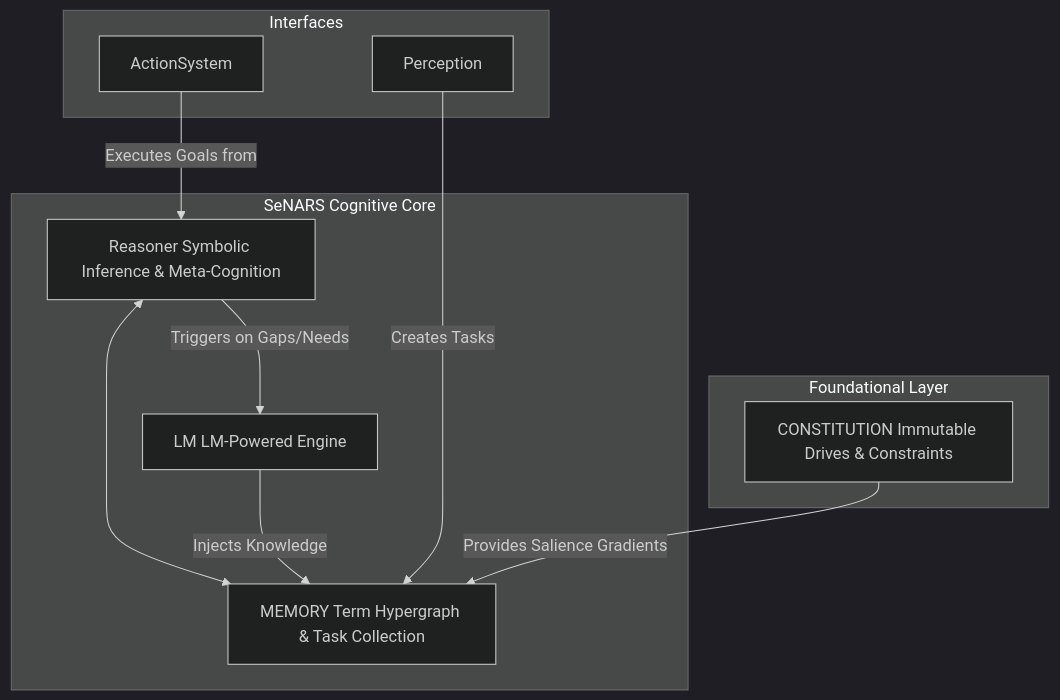
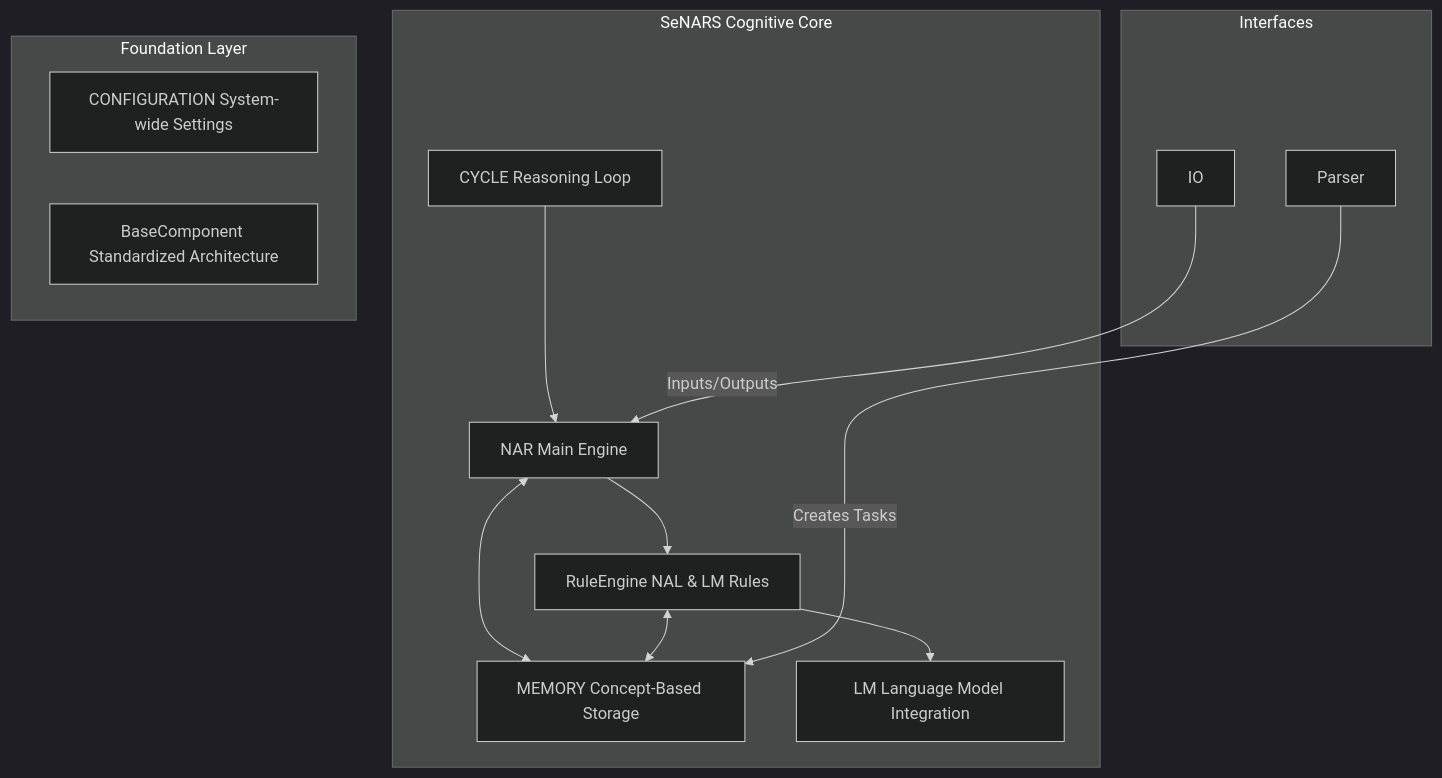
One commit to automenta/senars11 changed the third of 6 diagrams in docs/presentations/slides-next.md. Above: the diagram before and after it, drawn with Mermaid (dark theme). The commit also changed other lines of this file, not shown here.

````diff
--- a/docs/presentations/slides-next.md
+++ b/docs/presentations/slides-next.md
@@ -363,21 +359,26 @@
 ```mermaid
 graph TD
     subgraph "SeNARS Cognitive Core"
-        Reasoner[Reasoner Symbolic Inference & Meta-Cognition]
-        Memory[MEMORY Term Hypergraph & Task Collection]
-        LM[LM LM-Powered Engine]
+        NAR[NAR Main Engine]
+        Memory[MEMORY Concept-Based Storage]
+        LM[LM Language Model Integration]
+        RE[RuleEngine NAL & LM Rules]
+        Cycle[CYCLE Reasoning Loop]
 
-        Reasoner <--> Memory
-        Reasoner -- Triggers on Gaps/Needs --> LM
-        LM -- Injects Knowledge --> Memory
+        NAR <--> Memory
+        NAR --> RE
+        RE <--> Memory
+        RE --> LM
+        Cycle --> NAR
     end
 
     subgraph "Interfaces"
-        Perception -- Creates Tasks --> Memory
-        ActionSystem -- Executes Goals from --> Reasoner
+        Parser -- Creates Tasks --> Memory
+        IO -- Inputs/Outputs --> NAR
     end
 
-    subgraph "Foundational Layer"
-        Constitution[CONSTITUTION Immutable Drives & Constraints] -- Provides Salience Gradients --> Memory
+    subgraph "Foundation Layer"
+        Config[CONFIGURATION System-wide Settings]
+        Component[BaseComponent Standardized Architecture]
     end
 ```
````
